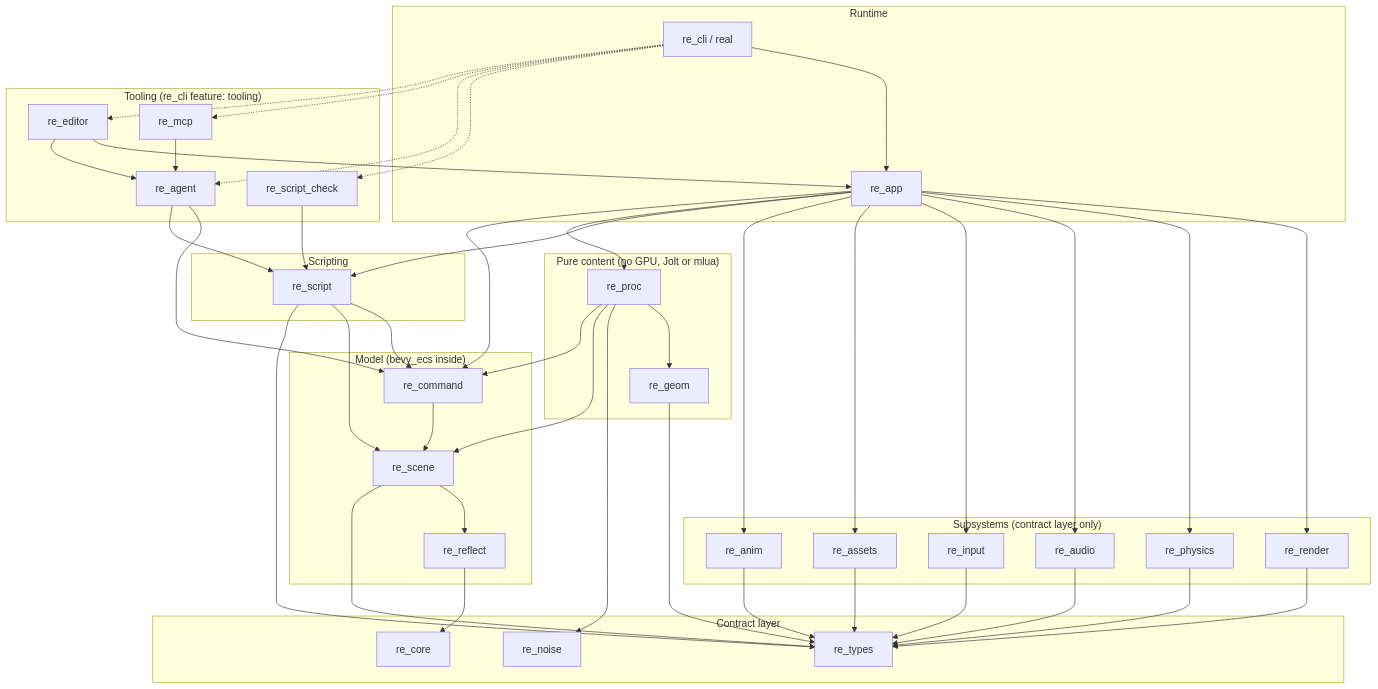
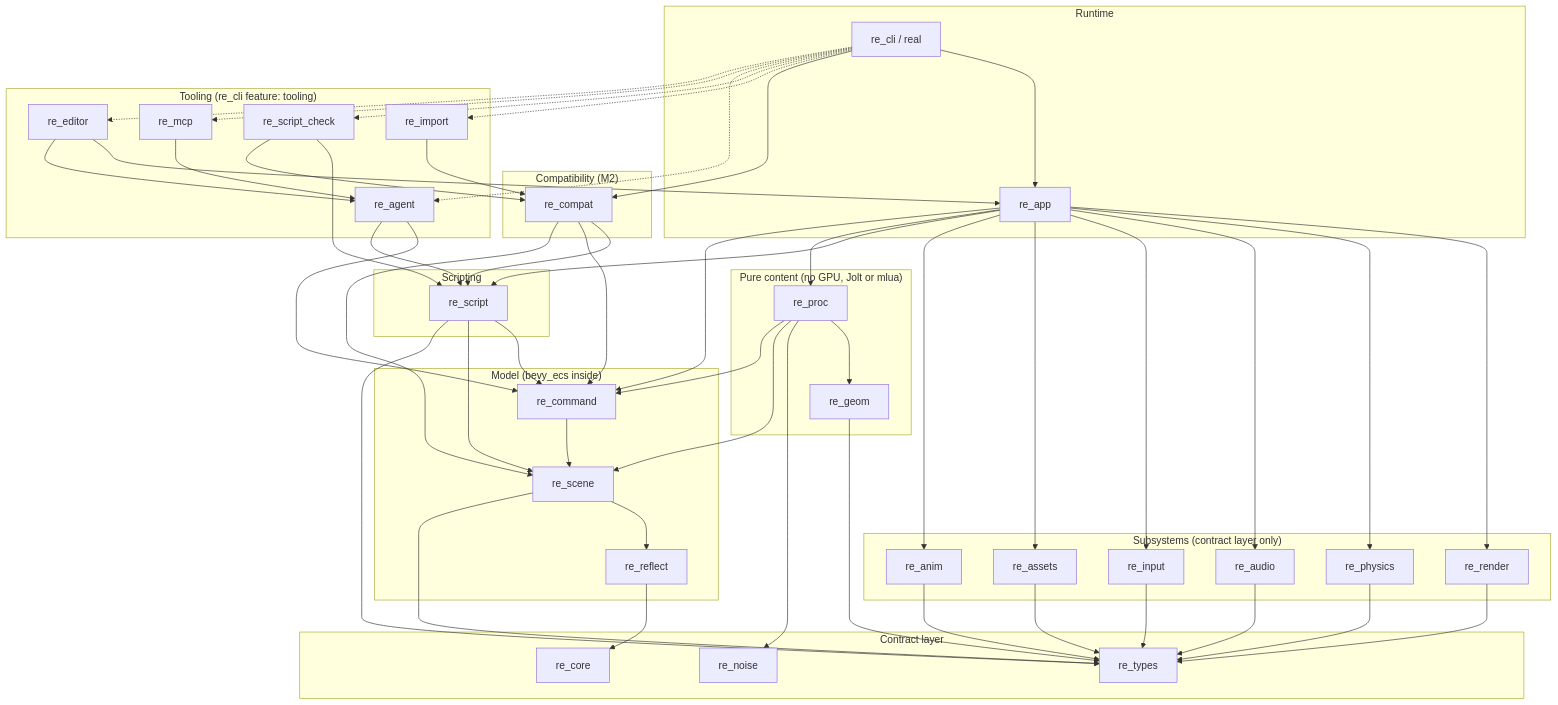
The diagram in docs/ARCHITECTURE.md (dullyontop/real-engine), drawn with Mermaid before and after one commit. The commit also changed other lines of this file and 6 other files, not shown here.

````diff
--- a/docs/ARCHITECTURE.md
+++ b/docs/ARCHITECTURE.md
@@ -31,64 +31,74 @@
 ```mermaid
 graph TD
   subgraph "Contract layer"
     core[re_core]
     types[re_types]
     noise[re_noise]
   end
 
   subgraph "Model (bevy_ecs inside)"
     reflect[re_reflect] --> core
     scene[re_scene] --> reflect
     scene --> types
     command[re_command] --> scene
   end
 
   subgraph "Pure content (no GPU, Jolt or mlua)"
     geom[re_geom] --> types
     proc[re_proc] --> geom
     proc --> noise
     proc --> scene
     proc --> command
   end
 
   subgraph "Subsystems (contract layer only)"
     render[re_render] --> types
     physics[re_physics] --> types
     audio[re_audio] --> types
     input[re_input] --> types
     assets[re_assets] --> types
     anim[re_anim] --> types
   end
 
   subgraph Scripting
     script[re_script] --> command
     script --> scene
     script --> types
   end
 
   subgraph Runtime
     app[re_app] --> render
     app --> physics
     app --> audio
     app --> input
     app --> assets
     app --> anim
     app --> script
     app --> proc
     app --> command
     cli[re_cli / real] --> app
   end
 
+  subgraph "Compatibility (M2)"
+    compat[re_compat] --> script
+    compat --> command
+    compat --> scene
+    cli --> compat
+  end
+
   subgraph "Tooling (re_cli feature: tooling)"
     check[re_script_check] --> script
+    check --> compat
+    import[re_import] --> compat
+    cli -.-> import
     agent[re_agent] --> command
     agent --> script
     mcp[re_mcp] --> agent
     editor[re_editor] --> app
     editor --> agent
     cli -.-> check
     cli -.-> agent
     cli -.-> mcp
     cli -.-> editor
   end
 ```
````
